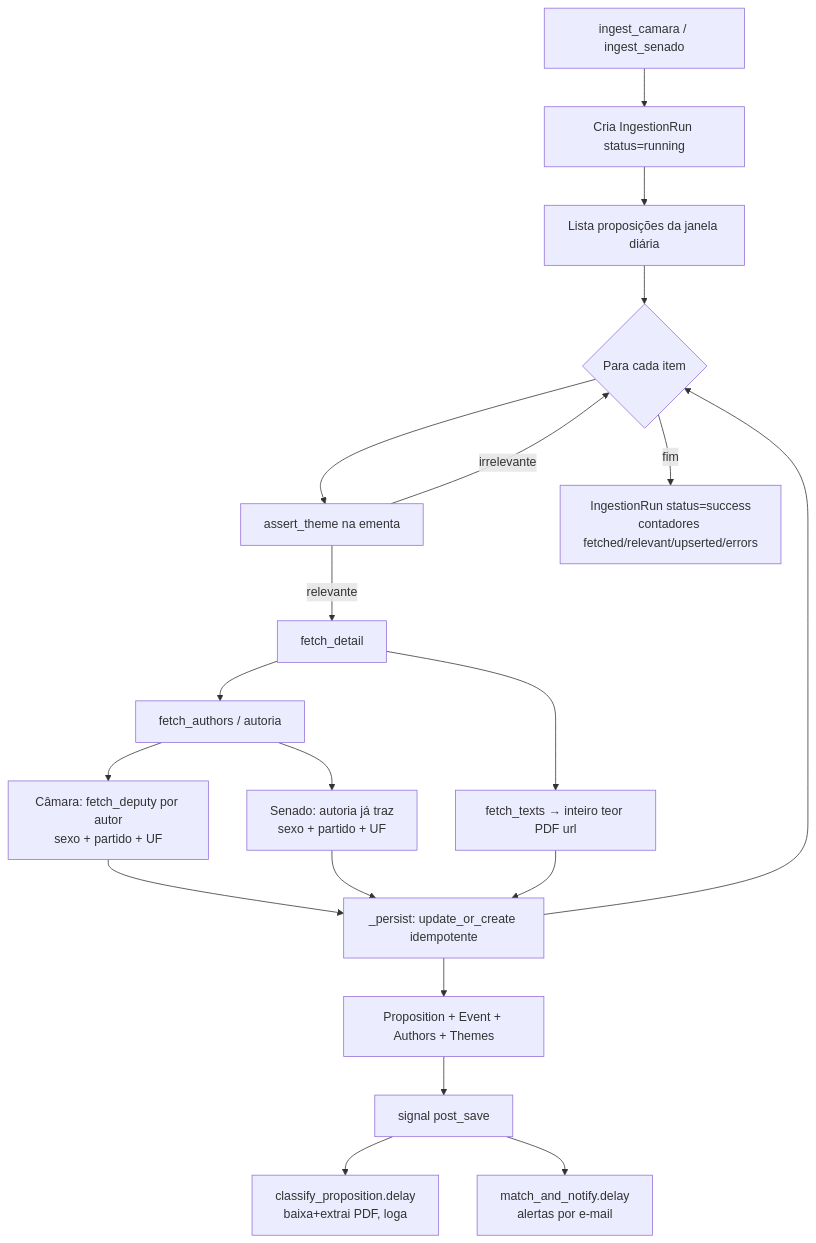
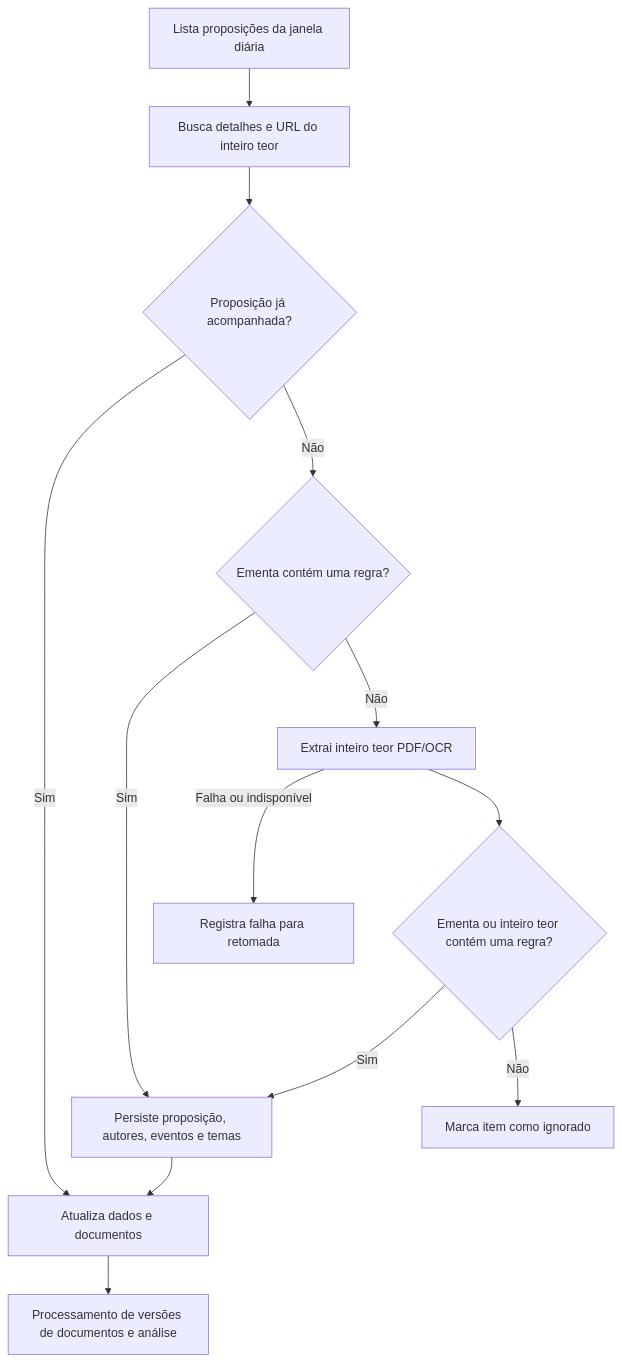
Before and after one commit to institutoazmina/elas-no-congresso-api: the second of 3 diagrams in docs/scrappers.md, drawn with Mermaid. The commit also changed other lines of this file and 12 other files, not shown here.

Commit message:
feat: match ingestion vocabulary against summaries and full text

````diff
--- a/docs/scrappers.md
+++ b/docs/scrappers.md
@@ -79,22 +79,15 @@
 ```mermaid
 flowchart TD
-    A[ingest_camara / ingest_senado] --> B[Cria IngestionRun status=running]
-    B --> C[Lista proposições da janela diária]
-    C --> D{Para cada item}
-    D --> E[assert_theme na ementa]
-    E -->|irrelevante| D
-    E -->|relevante| F[fetch_detail]
-    F --> G[fetch_authors / autoria]
-    G --> H[Câmara: fetch_deputy por autor<br/>sexo + partido + UF]
-    G --> I[Senado: autoria já traz<br/>sexo + partido + UF]
-    F --> J[fetch_texts → inteiro teor PDF url]
-    H --> K[_persist: update_or_create idempotente]
-    I --> K
-    J --> K
-    K --> L[Proposition + Event + Authors + Themes]
-    L --> M[signal post_save]
-    M --> N[classify_proposition.delay<br/>baixa+extrai PDF, loga]
-    M --> O[match_and_notify.delay<br/>alertas por e-mail]
-    K --> D
-    D -->|fim| P[IngestionRun status=success<br/>contadores fetched/relevant/upserted/errors]
+    A[Lista proposições da janela diária] --> B[Busca detalhes e URL do inteiro teor]
+    B --> C{Proposição já acompanhada?}
+    C -->|Sim| G[Atualiza dados e documentos]
+    C -->|Não| D{Ementa contém uma regra?}
+    D -->|Sim| F[Persiste proposição, autores, eventos e temas]
+    D -->|Não| E[Extrai inteiro teor PDF/OCR]
+    E -->|Falha ou indisponível| R[Registra falha para retomada]
+    E --> H{Ementa ou inteiro teor contém uma regra?}
+    H -->|Sim| F
+    H -->|Não| I[Marca item como ignorado]
+    F --> G
+    G --> J[Processamento de versões de documentos e análise]
 ```
````
